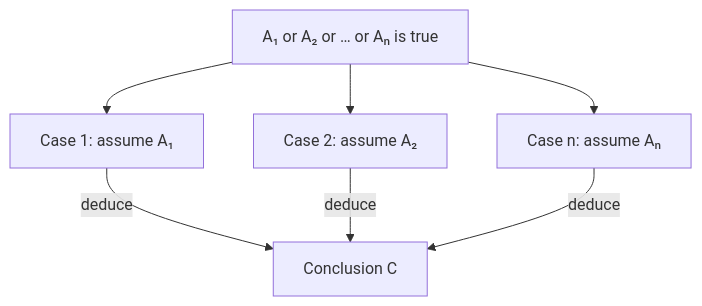
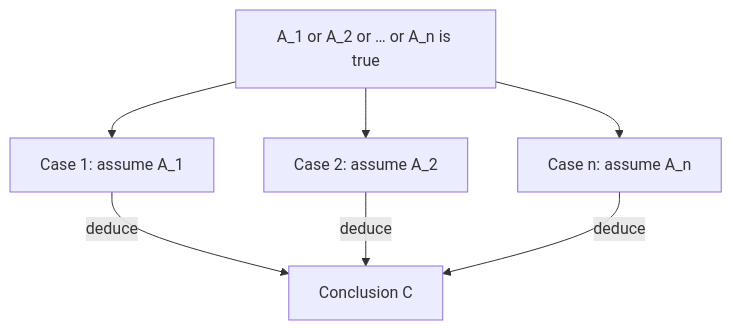
Before and after one commit to Choroning/25Fall_Discrete-Mathematics: the second of 5 diagrams in Lecture-Notes/Ch04_Elementary-Number-Theory-and-Methods-of-Proof/Concepts_Lecture.md, drawn with Mermaid. The commit also changed other lines of this file and 37 other files, not shown here.

````diff
--- a/Lecture-Notes/Ch04_Elementary-Number-Theory-and-Methods-of-Proof/Concepts_Lecture.md
+++ b/Lecture-Notes/Ch04_Elementary-Number-Theory-and-Methods-of-Proof/Concepts_Lecture.md
@@ -824,9 +832,9 @@
 ```mermaid
 flowchart TD
-    H["A₁ or A₂ or … or Aₙ is true"] --> C1["Case 1: assume A₁"]
-    H --> C2["Case 2: assume A₂"]
-    H --> CN["Case n: assume Aₙ"]
+    H["A_1 or A_2 or … or A_n is true"] --> C1["Case 1: assume A_1"]
+    H --> C2["Case 2: assume A_2"]
+    H --> CN["Case n: assume A_n"]
     C1 -->|"deduce"| C["Conclusion C"]
     C2 -->|"deduce"| C
     CN -->|"deduce"| C
 ```
````
